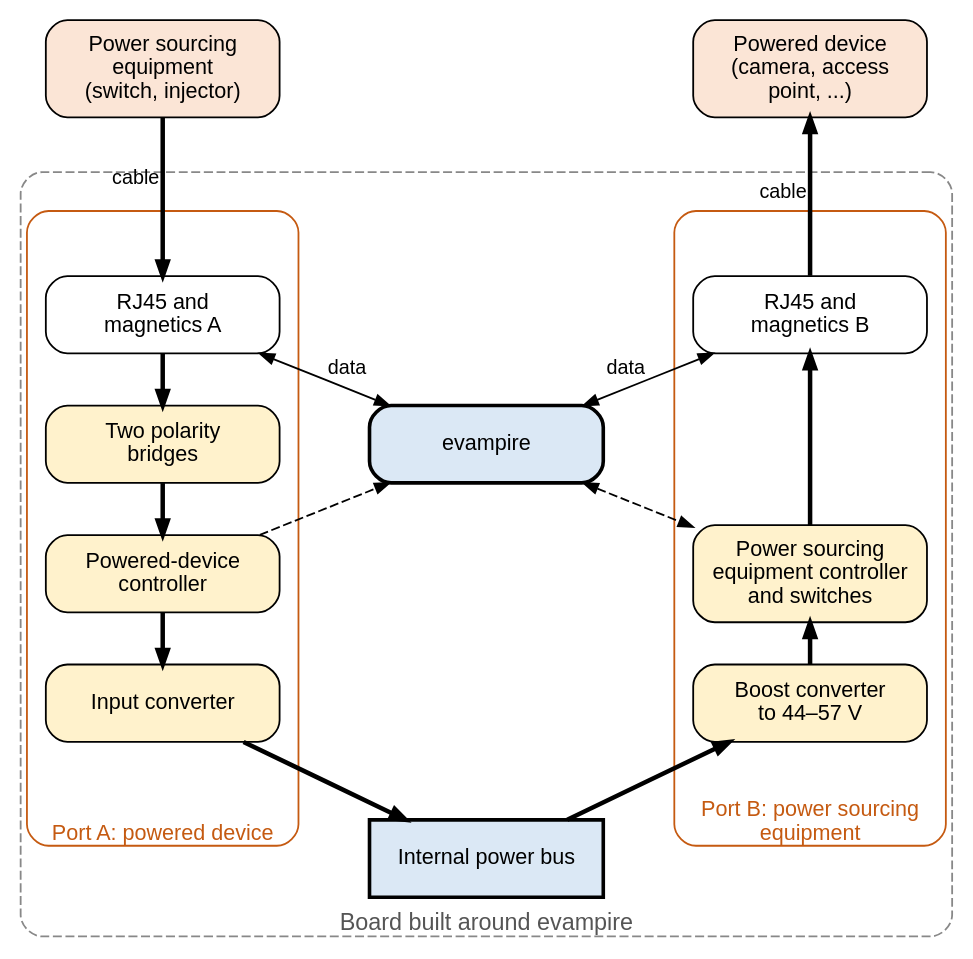
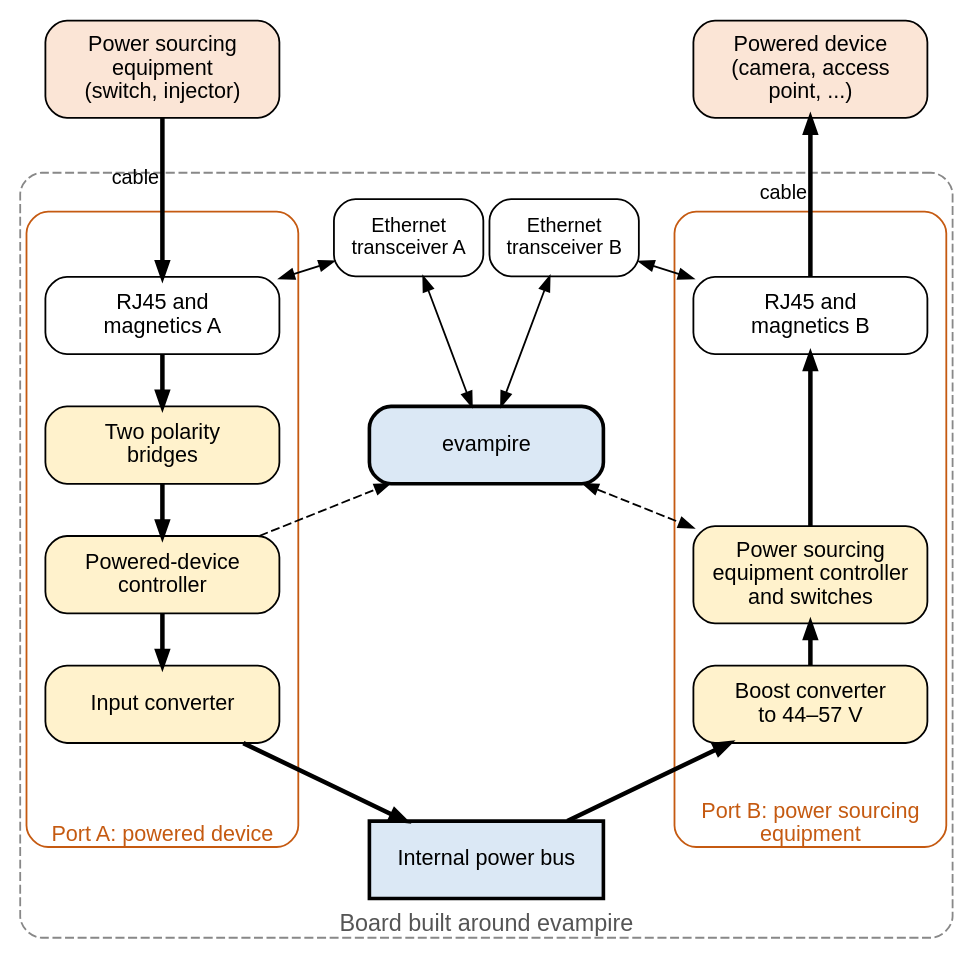
One commit to mithro/evampire changed the diagram in docs/power/poe/system.dot. Above: the diagram before and after it, drawn with Graphviz. The commit also changed 1 other file, not shown here.

Commit message:
Show the Ethernet transceivers in the PoE system diagram
Data passes through the first-version transceivers, and the dual-role
port no longer assumes transformer centre taps.

```diff
--- a/docs/power/poe/system.dot
+++ b/docs/power/poe/system.dot
@@ -1,72 +1,80 @@
 // Power over Ethernet on a first-version evampire board: port A receives
 // power as a powered device, port B supplies power as power sourcing
 // equipment. Bold arrows: power. Thin arrows: data. Dashed arrows: control.
 //
 // The blocks are placed on a fixed grid (positions in inches) so that the
 // diagram fits the width of a documentation page:
 //
 //   column 1 (x=1.1)  port A, power flowing down from the cable
-//   column 2 (x=3.6)  internal power bus and evampire
+//   column 2 (x=3.6)  Ethernet transceivers, evampire, internal power bus
 //   column 3 (x=6.1)  port B, power flowing up to the cable
 //
 // SPDX-License-Identifier: Apache-2.0
 
 digraph poe_system {
     graph [layout=neato, splines=false, overlap=true, outputorder=nodesfirst,
            fontname="Helvetica"];
     node  [shape=box, style="rounded,filled", fillcolor="#f2f2f2",
            fontname="Helvetica", fontsize=12, width=1.8, height=0.6,
            fixedsize=true];
     edge  [fontname="Helvetica", fontsize=11, arrowsize=0.8];
 
     // Outlines, drawn first so they sit behind the blocks.
     board [label="Board built around evampire", labelloc=b, fontsize=13,
            fontcolor="#555555", pos="3.6,5.15!", width=7.2, height=5.9,
            style="rounded,dashed", color="#888888", fillcolor="none"];
     port_a [label="Port A: powered device", labelloc=b, fontsize=12,
             fontcolor="#c55a11", pos="1.1,5.35!", width=2.1, height=4.9,
             style="rounded", color="#c55a11", fillcolor="none"];
     port_b [label="Port B: power sourcing\nequipment", labelloc=b,
             fontsize=12, fontcolor="#c55a11", pos="6.1,5.35!", width=2.1,
             height=4.9, style="rounded", color="#c55a11", fillcolor="none"];
 
     // Equipment at the far ends of the two cables.
     up   [pos="1.1,8.9!", label="Power sourcing\nequipment\n(switch, injector)",
           height=0.75, fillcolor="#fbe5d6"];
     down [pos="6.1,8.9!", label="Powered device\n(camera, access\npoint, ...)",
           height=0.75, fillcolor="#fbe5d6"];
 
     // Port A column.
     maga [pos="1.1,7.0!", label="RJ45 and\nmagnetics A", fillcolor="#ffffff"];
     brg  [pos="1.1,6.0!", label="Two polarity\nbridges", fillcolor="#fff2cc"];
     pdc  [pos="1.1,5.0!", label="Powered-device\ncontroller", fillcolor="#fff2cc"];
     conv [pos="1.1,4.0!", label="Input converter", fillcolor="#fff2cc"];
 
     // Centre column.
     evp  [pos="3.6,6.0!", label="evampire", style="rounded,filled,bold",
           fillcolor="#dbe8f5"];
     bus  [pos="3.6,2.8!", label="Internal power bus", style="filled,bold",
           fillcolor="#dbe8f5"];
 
+    // Ethernet transceivers (external chips in the first version).
+    phya [pos="3.0,7.6!", label="Ethernet\ntransceiver A", width=1.15,
+          height=0.6, fontsize=11, fillcolor="#ffffff"];
+    phyb [pos="4.2,7.6!", label="Ethernet\ntransceiver B", width=1.15,
+          height=0.6, fontsize=11, fillcolor="#ffffff"];
+
     // Port B column.
     boost [pos="6.1,4.0!", label="Boost converter\nto 44–57 V", fillcolor="#fff2cc"];
     psec  [pos="6.1,5.0!", label="Power sourcing\nequipment controller\nand switches", height=0.75, fillcolor="#fff2cc"];
     magb  [pos="6.1,7.0!", label="RJ45 and\nmagnetics B", fillcolor="#ffffff"];
 
     // Power path.
     up    -> maga  [penwidth=2.5, label="cable"];
     maga  -> brg   [penwidth=2.5];
     brg   -> pdc   [penwidth=2.5];
     pdc   -> conv  [penwidth=2.5];
     conv  -> bus   [penwidth=2.5];
     bus   -> boost [penwidth=2.5];
     boost -> psec  [penwidth=2.5];
     psec  -> magb  [penwidth=2.5];
     magb  -> down  [penwidth=2.5, label="cable"];
 
     // Control and data.
     pdc  -> evp  [style=dashed];
     evp  -> psec [style=dashed, dir=both];
-    maga -> evp  [dir=both, label="data"];
-    evp  -> magb [dir=both, label="data"];
+    maga -> phya [dir=both];
+    phya -> evp  [dir=both];
+    evp  -> phyb [dir=both];
+    phyb -> magb [dir=both];
 }
```
